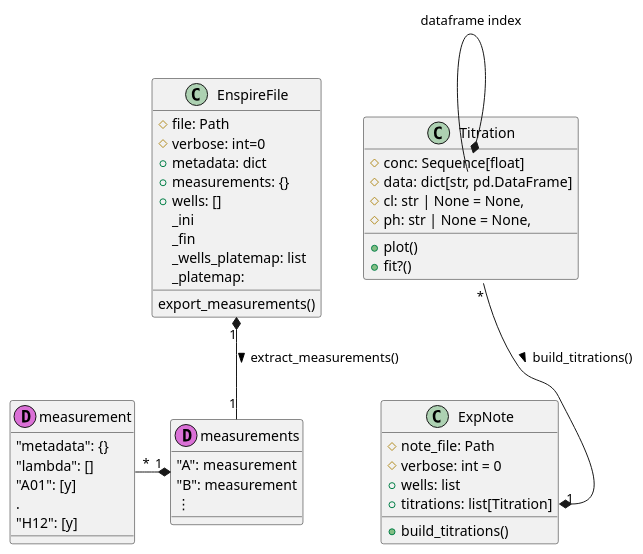
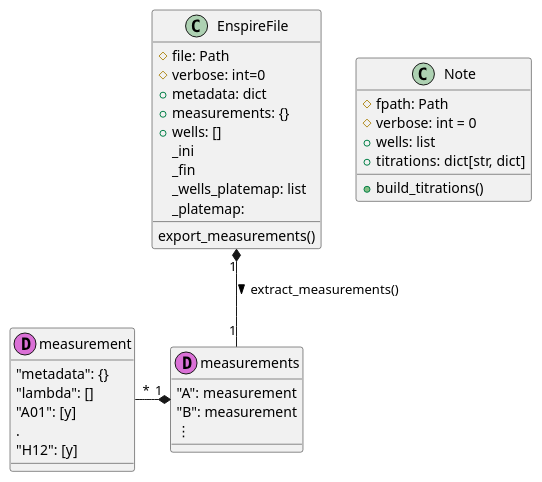
Before and after one commit to darosio/ClopHfit: the diagram in docs/references/prenspire.uml.rst, drawn with PlantUML. The commit also changed 27 other files, not shown here.

```diff
--- a/docs/references/prenspire.uml.rst
+++ b/docs/references/prenspire.uml.rst
@@ -1,51 +1,40 @@
 .. uml::
 
    class EnspireFile {
     #file: Path
     #verbose: int=0
     +metadata: dict
     +measurements: {}
     +wells: []
     _ini
     _fin
     _wells_platemap: list
     _platemap:
     export_measurements()
    }
 
 
-   class ExpNote {
-       #note_file: Path
+   class Note {
+       #fpath: Path
        #verbose: int = 0
        +wells: list
-       +titrations: list[Titration]
+       +titrations: dict[str, dict]
        +build_titrations()
    }
 
-   class Titration {
-    #conc: Sequence[float]
-    #data: dict[str, pd.DataFrame]
-    #cl: str | None = None,
-    #ph: str | None = None,
-    +plot()
-    +fit?()
-   }
-
-   Titration::conc *-- Titration::data : dataframe index
-   Titration "*" --* "1" ExpNote::titrations  : > build_titrations()
    EnspireFile "1" *-- "1" measurements : > extract_measurements()
    measurement "*" -* "1" measurements
 
    class measurements << (D,orchid) >> {
        "A": measurement
        "B": measurement
        ⋮
    }
 
    class measurement << (D,orchid) >> {
        "metadata": {}
        "lambda": []
        "A01": [y]
        .
        "H12": [y]
    }
```
